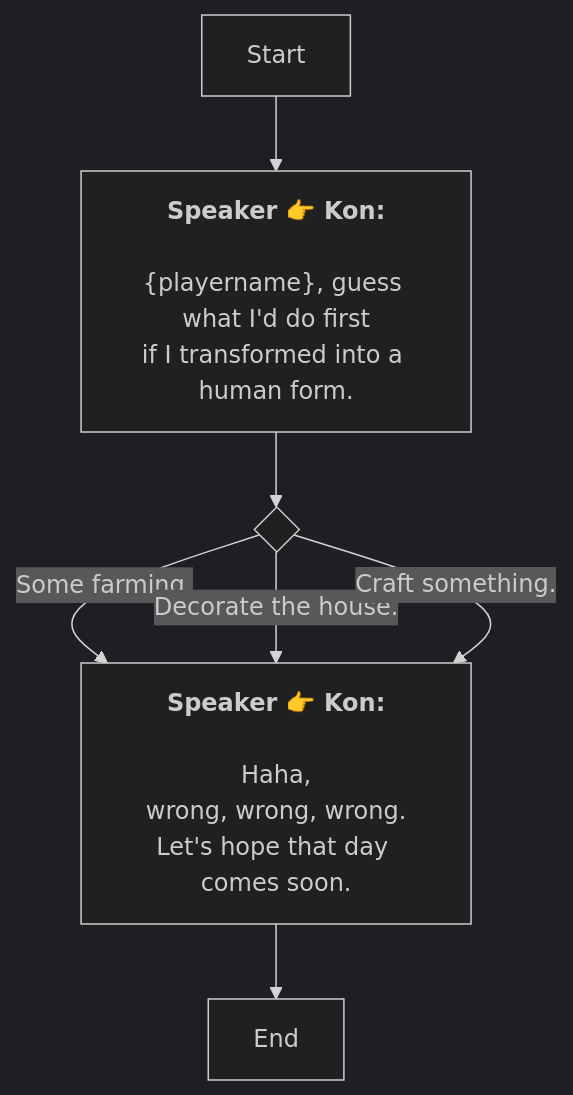
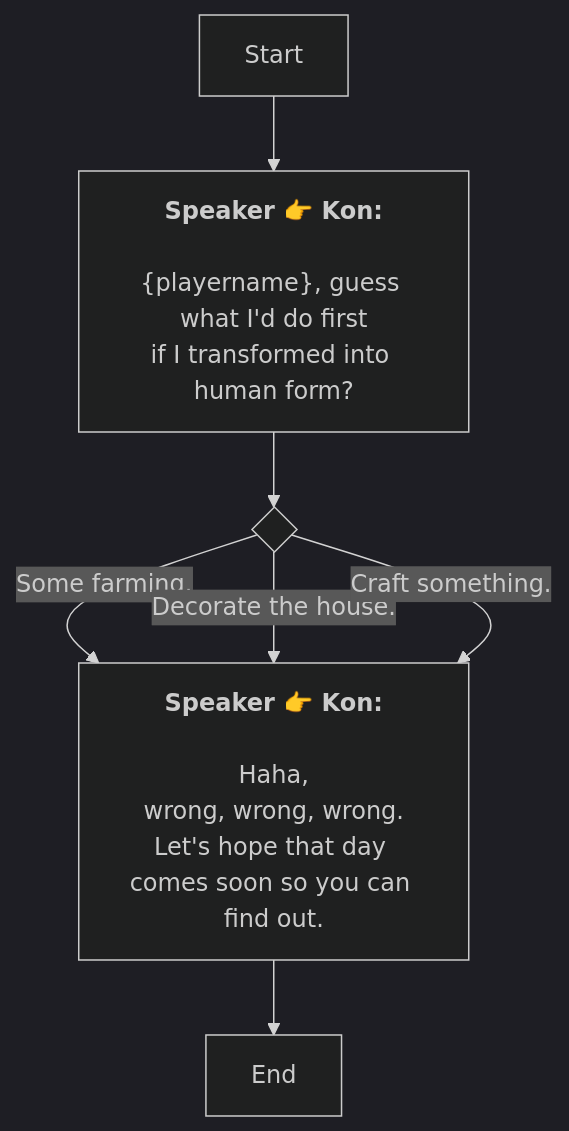
Before and after one commit to SoftHu/tos_avg: the diagram in En/AddDialogNode_1738541867360458.md, drawn with Mermaid (dark theme). The commit also changed 297 other files, not shown here.

````diff
--- a/En/AddDialogNode_1738541867360458.md
+++ b/En/AddDialogNode_1738541867360458.md
@@ -1,25 +1,25 @@
 ```mermaid
 graph
 Start -->1738541912862925[<b>Speaker 👉 Kon:</b>
 
 &lbrace;playername&rbrace;, guess what I'd do first
-if I transformed into a human form.]
+if I transformed into human form?]
 1738541912862925 -->1738541954818254{ }
 1738541954818254 -->|Some farming.|1738542038299861[<b>Speaker 👉 Kon:</b>
 
 Haha,
 wrong, wrong, wrong.
-Let's hope that day comes soon.]
+Let's hope that day comes soon so you can find out.]
 1738541954818254 -->|Decorate the house.|1738542038299861[<b>Speaker 👉 Kon:</b>
 
 Haha,
 wrong, wrong, wrong.
-Let's hope that day comes soon.]
+Let's hope that day comes soon so you can find out.]
 1738541954818254 -->|Craft something.|1738542038299861[<b>Speaker 👉 Kon:</b>
 
 Haha,
 wrong, wrong, wrong.
-Let's hope that day comes soon.]
+Let's hope that day comes soon so you can find out.]
 1738542038299861 -->1738542067698902[End]
 
  ```
````
